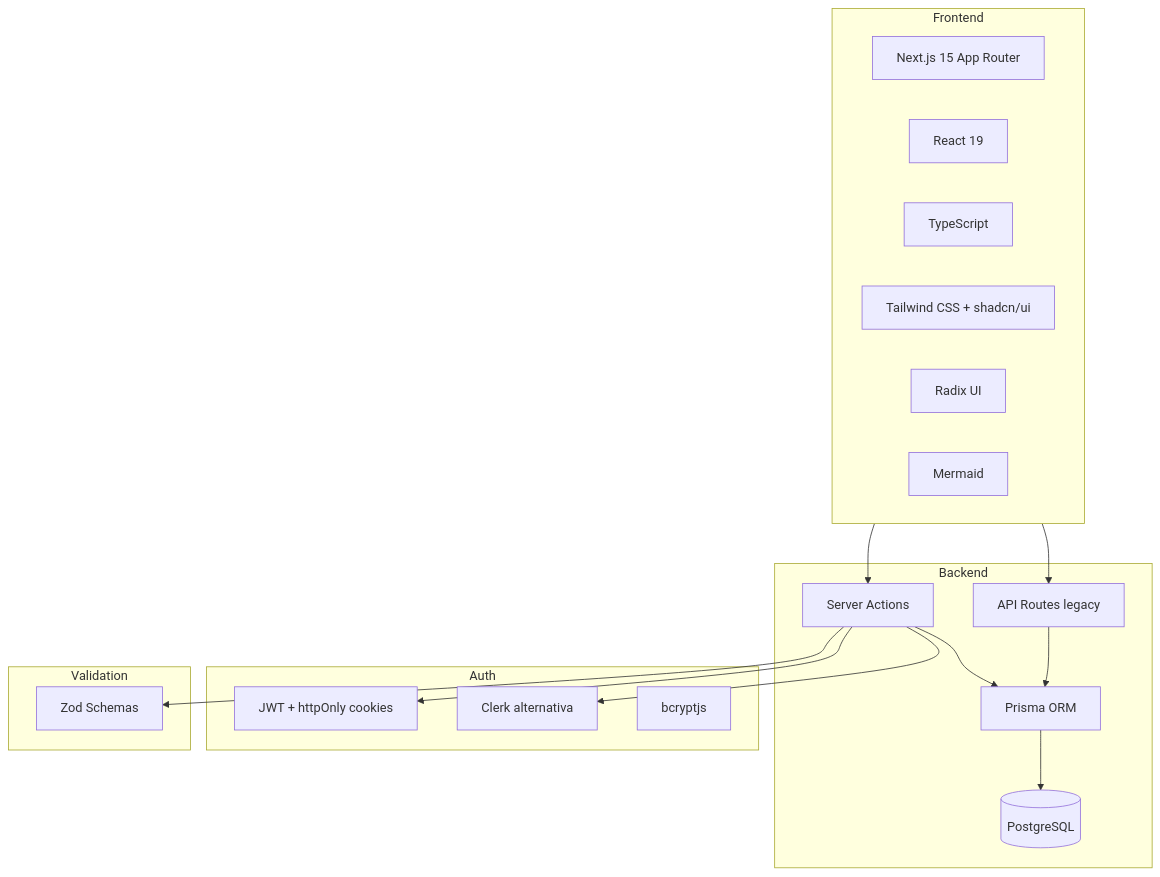
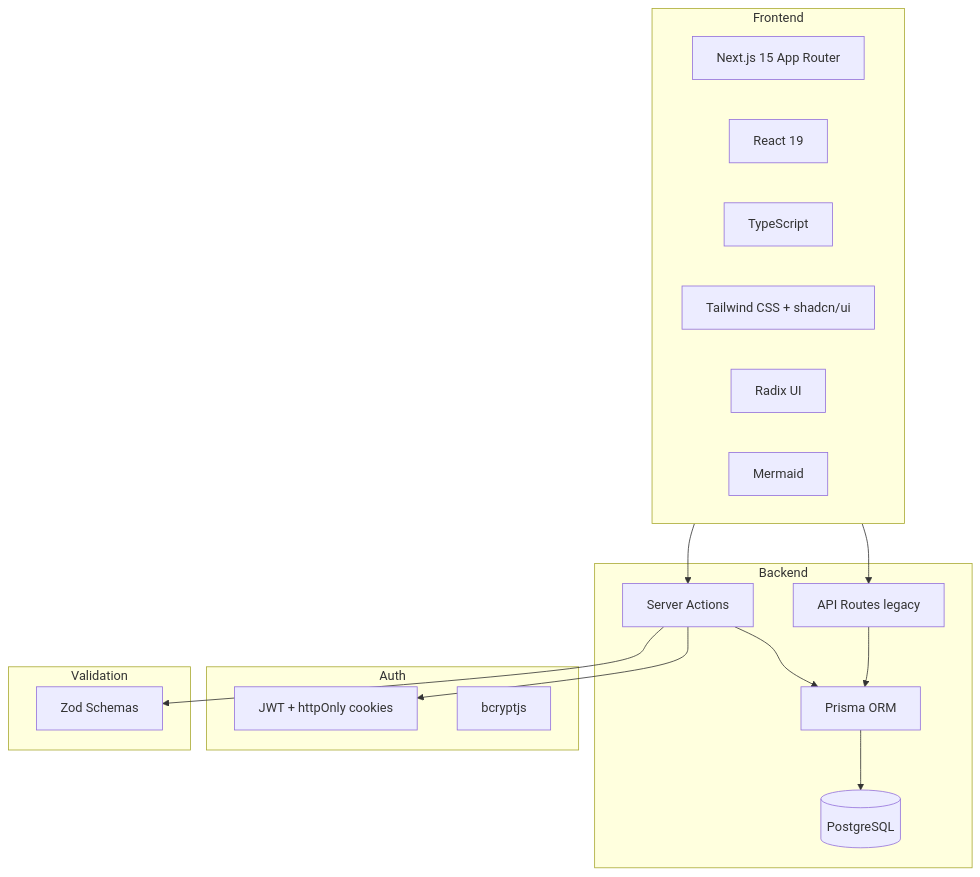
One commit to kr4t3rdev/Inventario changed the first of 5 diagrams in docs/ARCHITECTURE.md. Above: the diagram before and after it, drawn with Mermaid. The commit also changed other lines of this file and 8 other files, not shown here.

````diff
--- a/docs/ARCHITECTURE.md
+++ b/docs/ARCHITECTURE.md
@@ -25,37 +25,35 @@
 ```mermaid
 graph TD
     subgraph Frontend
         Next15[Next.js 15 App Router]
         React19[React 19]
         TS[TypeScript]
         TW[Tailwind CSS + shadcn/ui]
         Radix[Radix UI]
         Mermaid[Mermaid]
     end
 
     subgraph Backend
         SA[Server Actions]
         API[API Routes legacy]
         Prisma[Prisma ORM]
         PG[(PostgreSQL)]
     end
 
     subgraph Auth
         JWT[JWT + httpOnly cookies]
-        Clerk[Clerk alternativa]
         Bcrypt[bcryptjs]
     end
 
     subgraph Validation
         Zod[Zod Schemas]
     end
 
     Frontend --> SA
     Frontend --> API
     SA --> Prisma
     API --> Prisma
     SA --> JWT
-    SA --> Clerk
     SA --> Zod
     Prisma --> PG
 ```
````
